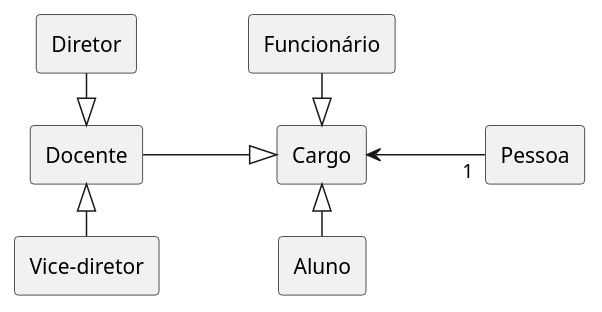
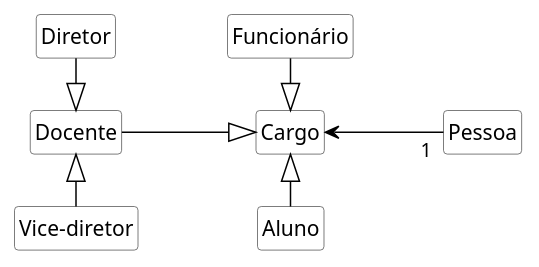
The diagram in imagens/modelos-07/mod07ima22/mod07ima22.plantuml (kyriosdata/oo), drawn with PlantUML before and after one commit. The commit also changed 10 other files, not shown here.

```diff
--- a/imagens/modelos-07/mod07ima22/mod07ima22.plantuml
+++ b/imagens/modelos-07/mod07ima22/mod07ima22.plantuml
@@ -1,16 +1,26 @@
 @startuml
-rectangle "Diretor" as di
-rectangle "Funcionário" as fu
-rectangle "Docente" as do
-rectangle "Cargo" as ca
-rectangle "Pessoa" as pe
-rectangle "Vice-diretor" as vi
-rectangle "Aluno" as al
+hide circle
+hide methods
+hide empty members
+
+skinparam class {
+    BackgroundColor White
+    ArrowColor Black
+    BorderColor #505050
+}
+
+class "Diretor" as di
+class "Funcionário" as fu
+class "Docente" as do
+class "Cargo" as ca
+class "Pessoa" as pe
+class "Vice-diretor" as vi
+class "Aluno" as al
 left to right direction
 di -right-|> do
 vi -left-|> do
 do --|> ca
 fu -right-|> ca
 al -left-|> ca
 ca <--"1" pe
 @enduml
```
